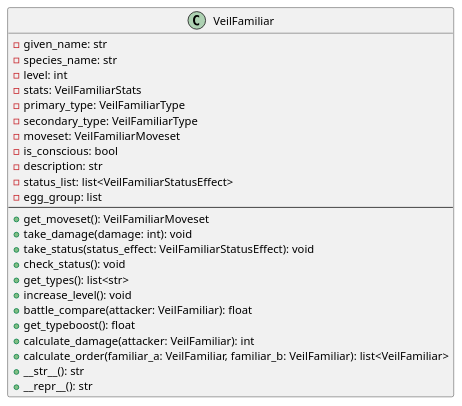
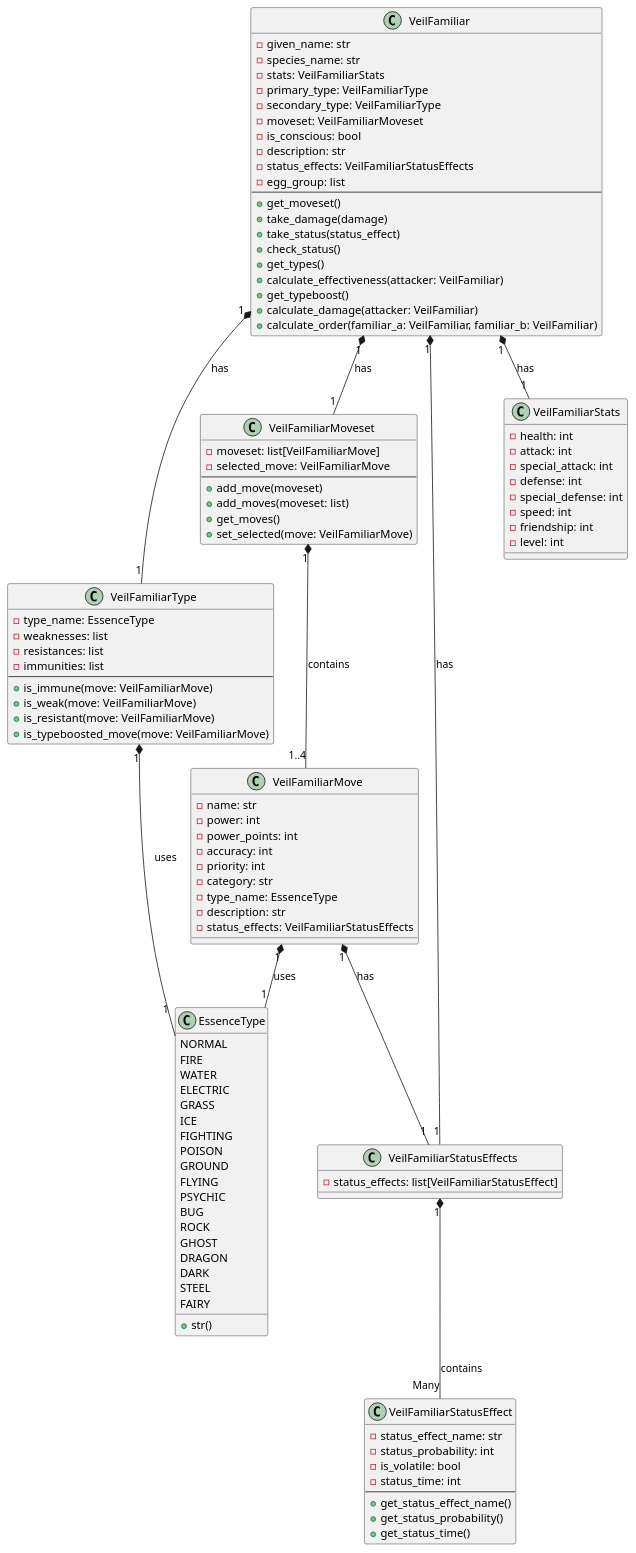
Before and after one commit to AbaddonSoftware/VeilFamiliar: the diagram in docs/class_diagram.pu, drawn with PlantUML. The commit also changed 3 other files, not shown here.

Commit message:
FIX: Removed unnecessary code ADD: PLANTUML Class Diagram with current state of project

```diff
--- a/docs/class_diagram.pu
+++ b/docs/class_diagram.pu
@@ -1,30 +1,118 @@
 @startuml
+
+class EssenceType {
+    NORMAL
+    FIRE
+    WATER
+    ELECTRIC
+    GRASS
+    ICE
+    FIGHTING
+    POISON
+    GROUND
+    FLYING
+    PSYCHIC
+    BUG
+    ROCK
+    GHOST
+    DRAGON
+    DARK
+    STEEL
+    FAIRY
+    + str()
+}
 
 class VeilFamiliar {
     - given_name: str
     - species_name: str
-    - level: int
     - stats: VeilFamiliarStats
     - primary_type: VeilFamiliarType
     - secondary_type: VeilFamiliarType
     - moveset: VeilFamiliarMoveset
     - is_conscious: bool
     - description: str
-    - status_list: list<VeilFamiliarStatusEffect>
+    - status_effects: VeilFamiliarStatusEffects
     - egg_group: list
     --
-    + get_moveset(): VeilFamiliarMoveset
-    + take_damage(damage: int): void
-    + take_status(status_effect: VeilFamiliarStatusEffect): void
-    + check_status(): void
-    + get_types(): list<str>
-    + increase_level(): void
-    + battle_compare(attacker: VeilFamiliar): float
-    + get_typeboost(): float
-    + calculate_damage(attacker: VeilFamiliar): int
-    + calculate_order(familiar_a: VeilFamiliar, familiar_b: VeilFamiliar): list<VeilFamiliar>
-    + __str__(): str
-    + __repr__(): str
+    + get_moveset()
+    + take_damage(damage)
+    + take_status(status_effect)
+    + check_status()
+    + get_types()
+    + calculate_effectiveness(attacker: VeilFamiliar)
+    + get_typeboost()
+    + calculate_damage(attacker: VeilFamiliar)
+    + calculate_order(familiar_a: VeilFamiliar, familiar_b: VeilFamiliar)
 }
 
+class VeilFamiliarMove {
+    - name: str
+    - power: int
+    - power_points: int
+    - accuracy: int
+    - priority: int
+    - category: str
+    - type_name: EssenceType
+    - description: str
+    - status_effects: VeilFamiliarStatusEffects
+}
+
+class VeilFamiliarMoveset {
+    - moveset: list[VeilFamiliarMove]
+    - selected_move: VeilFamiliarMove
+    --
+    + add_move(moveset)
+    + add_moves(moveset: list)
+    + get_moves()
+    + set_selected(move: VeilFamiliarMove)
+}
+
+class VeilFamiliarStats {
+    - health: int
+    - attack: int
+    - special_attack: int
+    - defense: int
+    - special_defense: int
+    - speed: int
+    - friendship: int
+    - level: int
+}
+
+class VeilFamiliarStatusEffect {
+    - status_effect_name: str
+    - status_probability: int
+    - is_volatile: bool
+    - status_time: int
+    --
+    + get_status_effect_name()
+    + get_status_probability()
+    + get_status_time()
+}
+
+class VeilFamiliarStatusEffects {
+    - status_effects: list[VeilFamiliarStatusEffect]
+}
+
+class VeilFamiliarType {
+    - type_name: EssenceType
+    - weaknesses: list
+    - resistances: list
+    - immunities: list
+    --
+    + is_immune(move: VeilFamiliarMove)
+    + is_weak(move: VeilFamiliarMove)
+    + is_resistant(move: VeilFamiliarMove)
+    + is_typeboosted_move(move: VeilFamiliarMove)
+}
+
+VeilFamiliar "1" *-- "1" VeilFamiliarStats : "has"
+VeilFamiliar "1" *-- "1" VeilFamiliarType : "has"
+VeilFamiliar "1" *-- "1" VeilFamiliarMoveset : "has"
+VeilFamiliar "1" *-- "1" VeilFamiliarStatusEffects : "has"
+VeilFamiliarMoveset "1" *-- "1..4" VeilFamiliarMove : "contains"
+VeilFamiliarMove "1" *-- "1" EssenceType : "uses"
+VeilFamiliarMove "1" *-- "1" VeilFamiliarStatusEffects : "has"
+VeilFamiliarStatusEffects "1" *-- "Many" VeilFamiliarStatusEffect : "contains"
+VeilFamiliarType "1" *-- "1" EssenceType : "uses"
+
 @enduml
```
